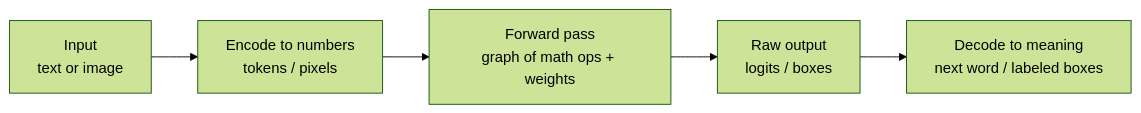
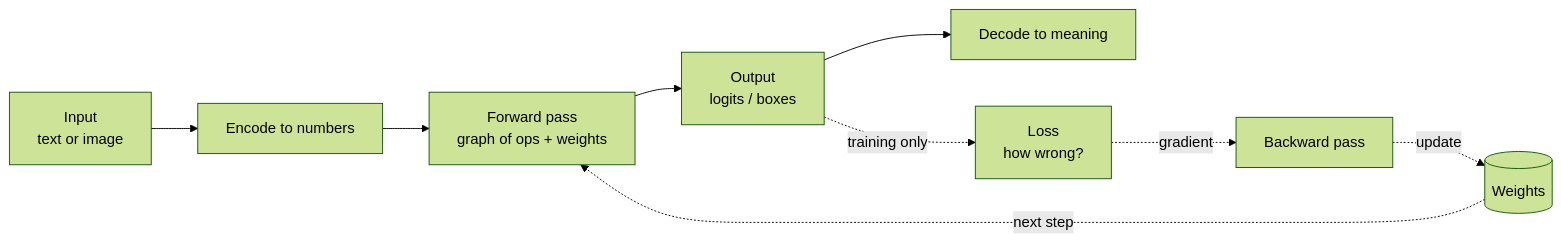
Before and after one commit to ivere27/volvoxai: the diagram in docs/textbook/README.md, drawn with Mermaid (forest theme). The commit also changed other lines of this file and 776 other files, not shown here.

````diff
--- a/docs/textbook/README.md
+++ b/docs/textbook/README.md
@@ -77,7 +136,11 @@
 ```mermaid
 flowchart LR
-    A[Input<br/>text or image] --> B[Encode to numbers<br/>tokens / pixels]
-    B --> C[Forward pass<br/>graph of math ops + weights]
-    C --> D[Raw output<br/>logits / boxes]
-    D --> E[Decode to meaning<br/>next word / labeled boxes]
+    A[Input<br/>text or image] --> B[Encode to numbers]
+    B --> C[Forward pass<br/>graph of ops + weights]
+    C --> D[Output<br/>logits / boxes]
+    D --> E[Decode to meaning]
+    D -. training only .-> L[Loss<br/>how wrong?]
+    L -. gradient .-> G[Backward pass]
+    G -. update .-> W[(Weights)]
+    W -. next step .-> C
 ```
````
